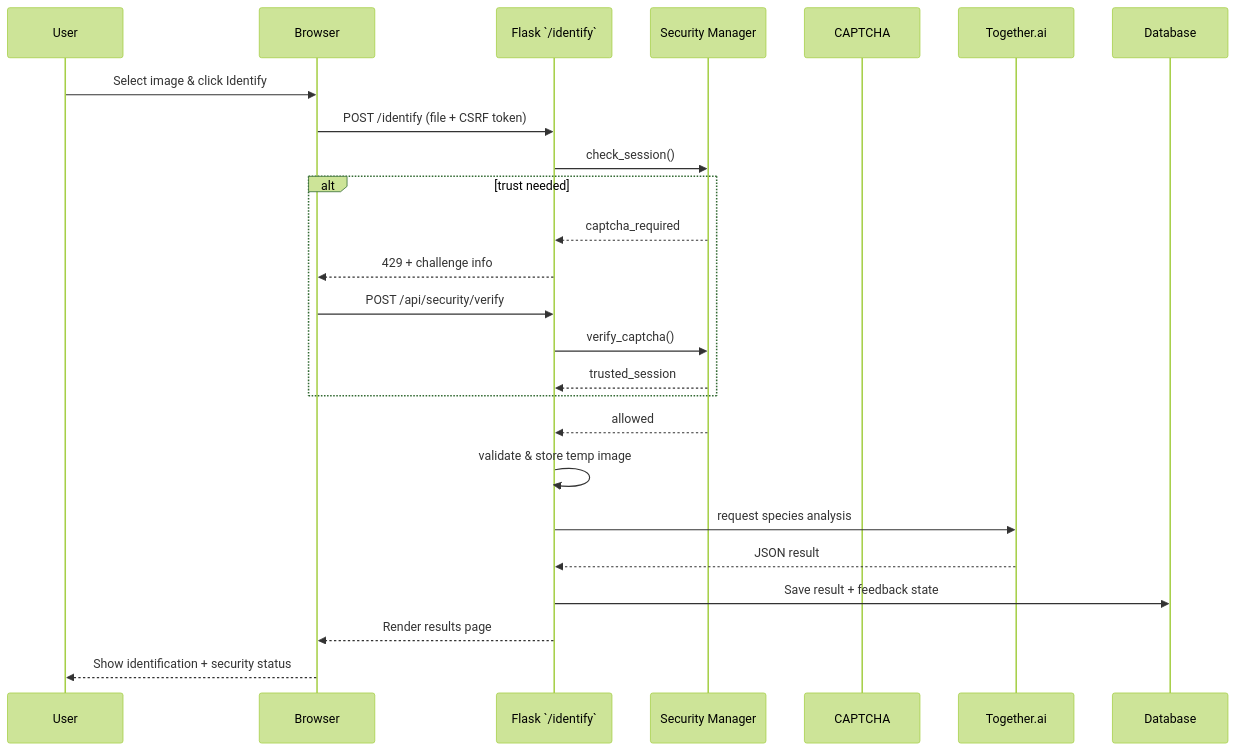
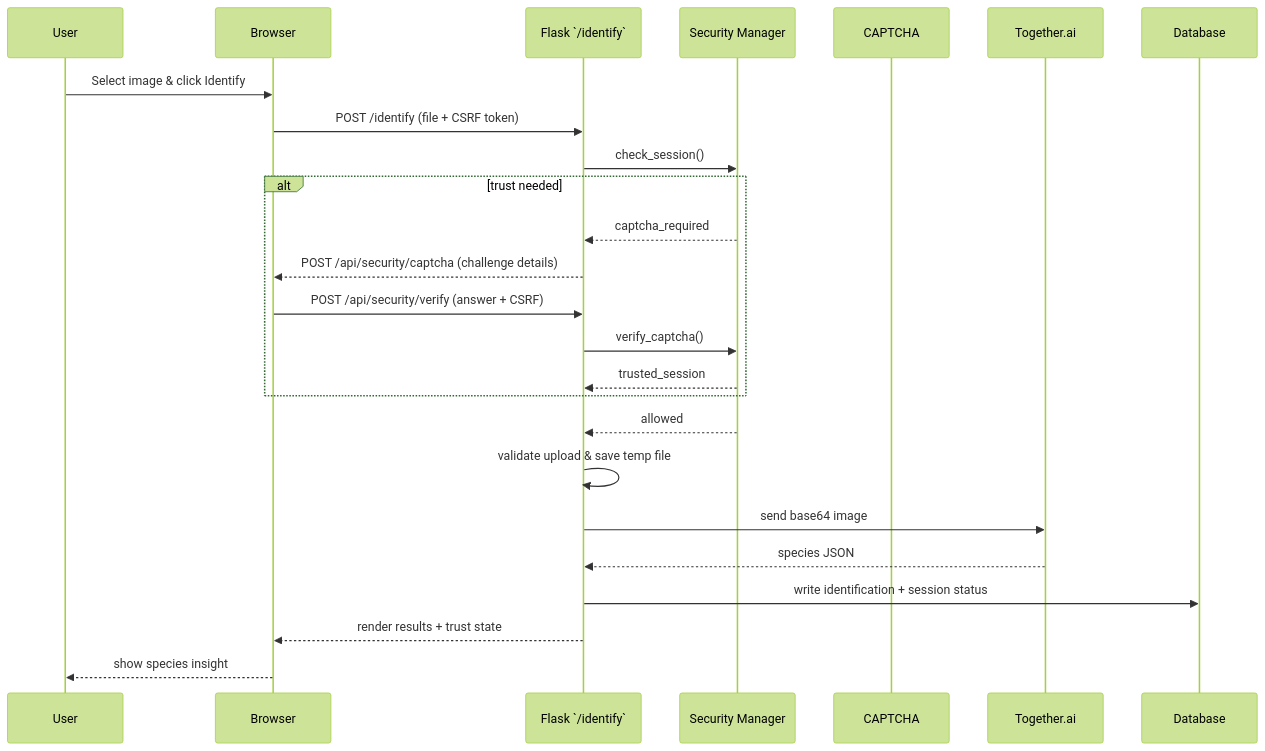
The diagram in docs/diagram_sources/security-flow.mmd (Red-Turtles/Proof-Of-Concept-Demo), drawn with Mermaid (forest theme) before and after one commit. The commit also changed 8 other files, not shown here.

Commit message:
Refactor: Update diagrams for clarity and accuracy

```diff
--- a/docs/diagram_sources/security-flow.mmd
+++ b/docs/diagram_sources/security-flow.mmd
@@ -1,28 +1,28 @@
 sequenceDiagram
     participant User
     participant Browser
     participant Flask as Flask `/identify`
     participant Guard as Security Manager
     participant Captcha as CAPTCHA
     participant Together as Together.ai
     participant DB as Database
 
     User->>Browser: Select image & click Identify
     Browser->>Flask: POST /identify (file + CSRF token)
     Flask->>Guard: check_session()
 
     alt trust needed
         Guard-->>Flask: captcha_required
-        Flask-->>Browser: 429 + challenge info
-        Browser->>Flask: POST /api/security/verify
+        Flask-->>Browser: POST /api/security/captcha (challenge details)
+        Browser->>Flask: POST /api/security/verify (answer + CSRF)
         Flask->>Guard: verify_captcha()
         Guard-->>Flask: trusted_session
     end
 
     Guard-->>Flask: allowed
-    Flask->>Flask: validate & store temp image
-    Flask->>Together: request species analysis
-    Together-->>Flask: JSON result
-    Flask->>DB: Save result + feedback state
-    Flask-->>Browser: Render results page
-    Browser-->>User: Show identification + security status
+    Flask->>Flask: validate upload & save temp file
+    Flask->>Together: send base64 image
+    Together-->>Flask: species JSON
+    Flask->>DB: write identification + session status
+    Flask-->>Browser: render results + trust state
+    Browser-->>User: show species insight
```
